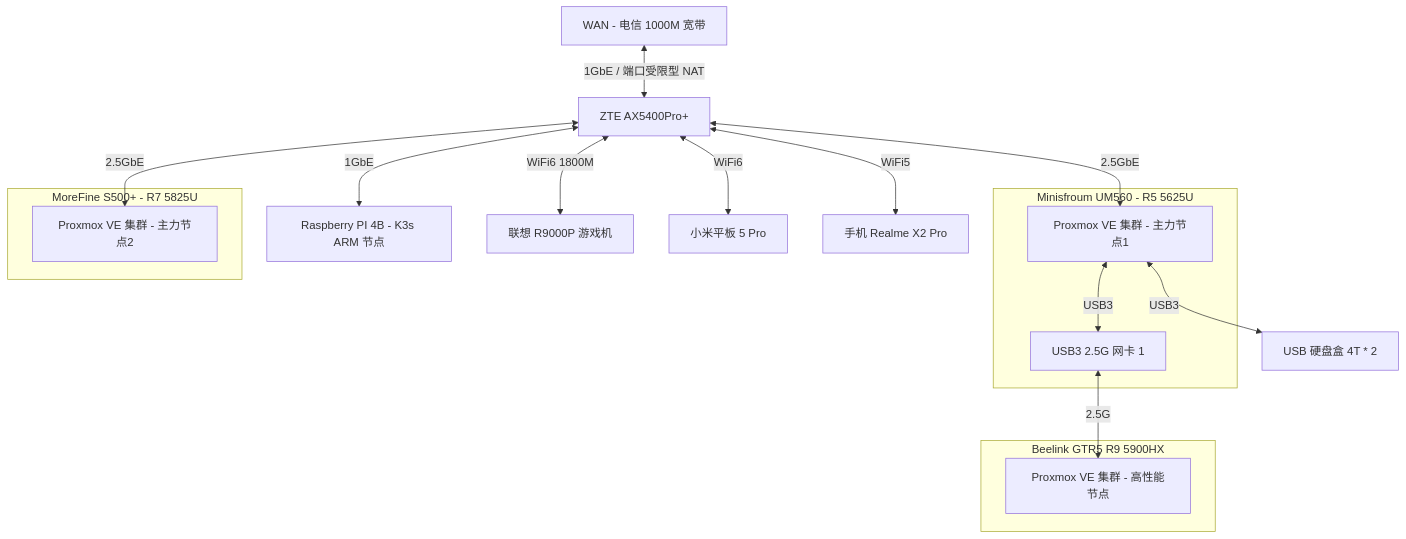
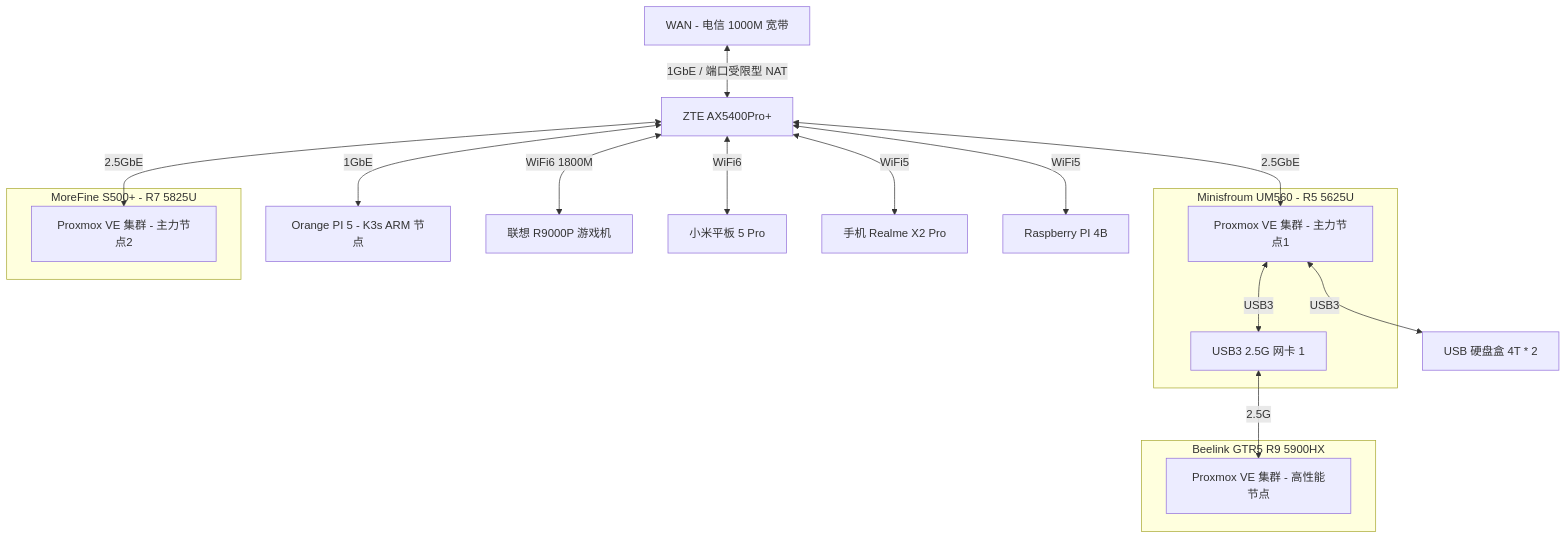
Before and after one commit to ryan4yin/knowledge: the diagram in homelab/README.md, drawn with Mermaid. The commit also changed other lines of this file and 1 other file, not shown here.

````diff
--- a/homelab/README.md
+++ b/homelab/README.md
@@ -20,28 +20,29 @@
 ```mermaid
 graph TD
   WAN[WAN - 电信 1000M 宽带] <-- 1GbE / 端口受限型 NAT -->edge_router
 	edge_router <-- 2.5GbE --> PVE-Node2
   edge_router[ZTE AX5400Pro+] <-- 2.5GbE --> PVE-Node1
 
-	edge_router <-- 1GbE --> raspberrypi[Raspberry PI 4B - K3s ARM 节点]
+	edge_router <-- 1GbE --> orangepi5[Orange PI 5 - K3s ARM 节点]
   edge_router <-- WiFi6 1800M --> R9000P[联想 R9000P 游戏机]
   edge_router <-- WiFi6 --> android_pad1[小米平板 5 Pro]
   edge_router <-- WiFi5 --> android1[手机 Realme X2 Pro]
+	edge_router <-- WiFi5 --> raspberrypi[Raspberry PI 4B]
 
 	subgraph PVE-node1[Minisfroum UM560 - R5 5625U]
     PVE-Node1[Proxmox VE 集群 - 主力节点1]
     PVE-Node1 <-- USB3 --> USB-NIC1[USB3 2.5G 网卡 1]
 	end
   
   PVE-Node1 <-- USB3 --> USB-Storage1[USB 硬盘盒 4T * 2]
 	USB-NIC1 <-- 2.5G --> PVE-Node3
 	
 	subgraph PVE-node2[MoreFine S500+ - R7 5825U]
     PVE-Node2[Proxmox VE 集群 - 主力节点2]
 	end
 
 	subgraph PVE-node3[Beelink GTR5 R9 5900HX]
     PVE-Node3[Proxmox VE 集群 - 高性能节点]
 	end
 
 ```
````
